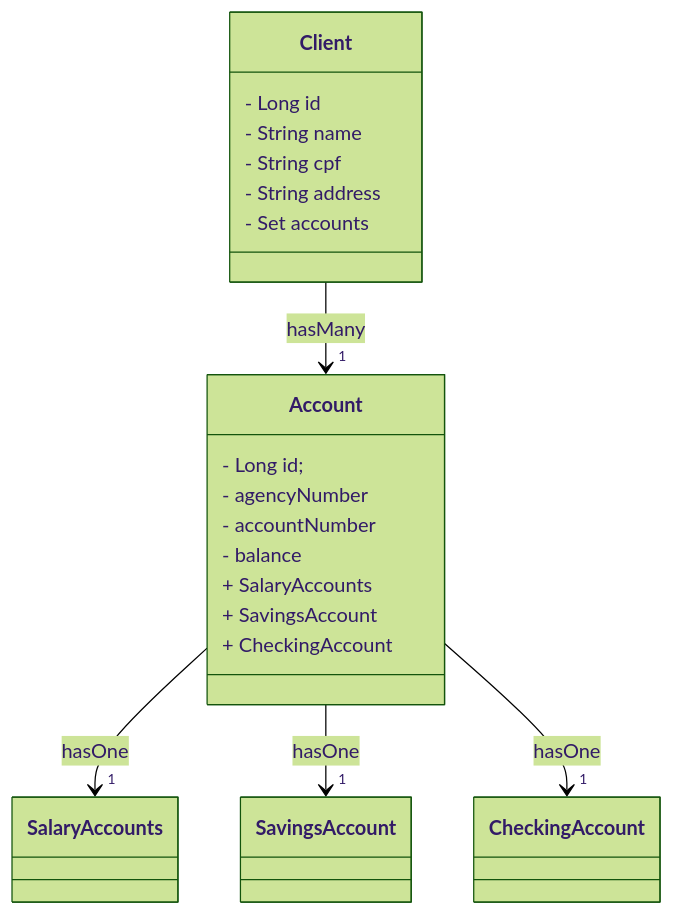
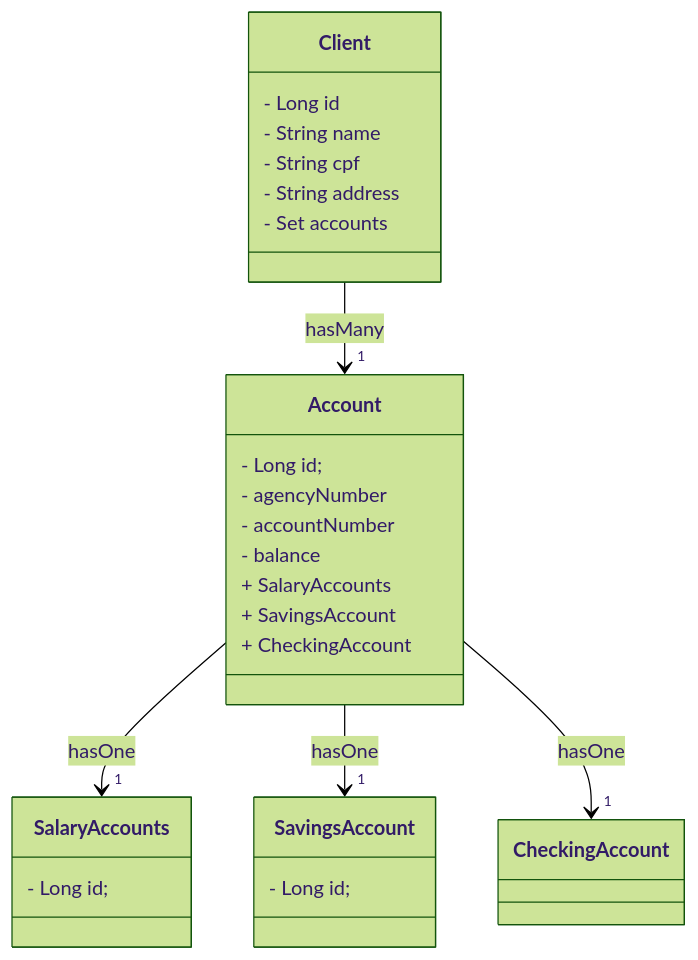
Before and after one commit to RenanReisFernandes/dio_bank: the first of 2 diagrams in README.md, drawn with Mermaid (forest theme). The commit also changed other lines of this file and 3 other files, not shown here.

````diff
--- a/README.md
+++ b/README.md
@@ -14,26 +14,33 @@
 ```mermaid
 classDiagram
    class Client {
       -  Long id
       -  String name
       -  String cpf
       -  String address
       -  Set<Account> accounts
     }
 
     class Account{
     -  Long id;
     - agencyNumber
 	- accountNumber
 	- balance
     + SalaryAccounts
     + SavingsAccount
     + CheckingAccount
     }
+
+    class SalaryAccounts{
+       -  Long id; 
+    }
     
+    class SavingsAccount{
+       -  Long id; 
+    }
 
     Client --> "1" Account : hasMany
     Account --> "1" SalaryAccounts : hasOne
     Account --> "1" SavingsAccount : hasOne
     Account --> "1" CheckingAccount : hasOne
 ```
````
